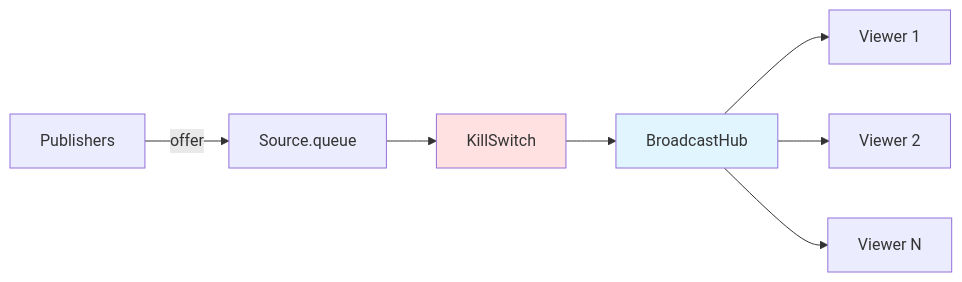
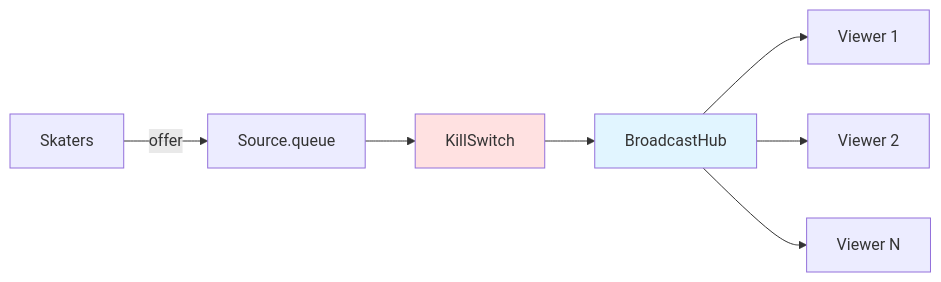
One commit to SkatemapApp/skatemap-live changed the fourth of 9 diagrams in docs/system-design/system-design.md. Above: the diagram before and after it, drawn with Mermaid. The commit also changed other lines of this file, not shown here.

````diff
--- a/docs/system-design/system-design.md
+++ b/docs/system-design/system-design.md
@@ -258,12 +261,12 @@
 ```mermaid
 graph LR
-    P[Publishers] -->|offer| Q[Source.queue]
+    P[Skaters] -->|offer| Q[Source.queue]
     Q --> KS[KillSwitch]
     KS --> BH[BroadcastHub]
     BH --> S1[Viewer 1]
     BH --> S2[Viewer 2]
     BH --> SN[Viewer N]
 
     style KS fill:#ffe1e1
     style BH fill:#e1f5ff
 ```
````
